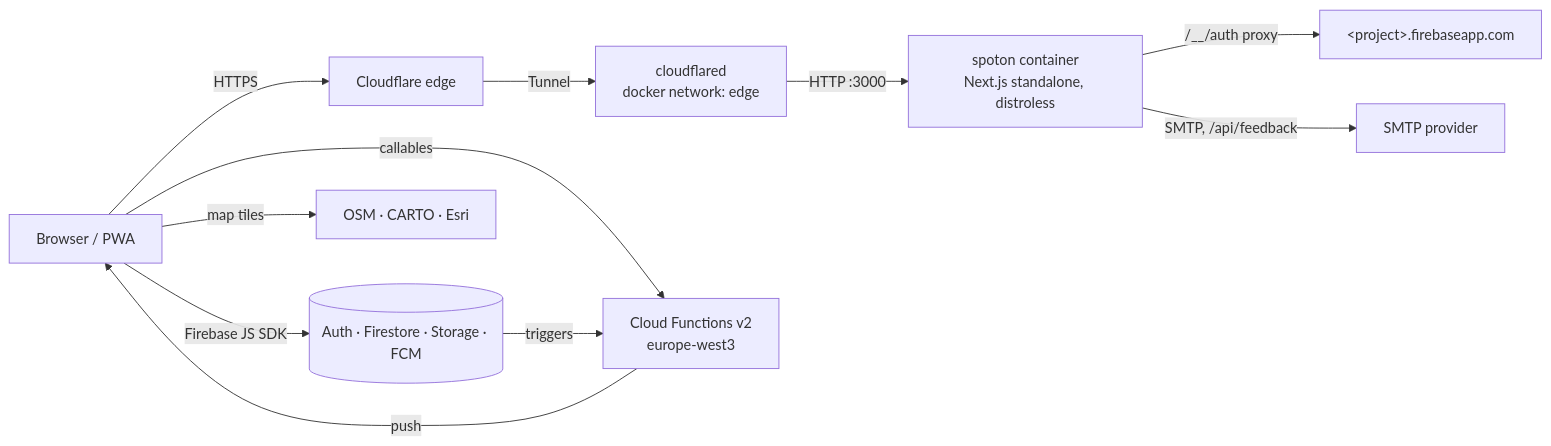
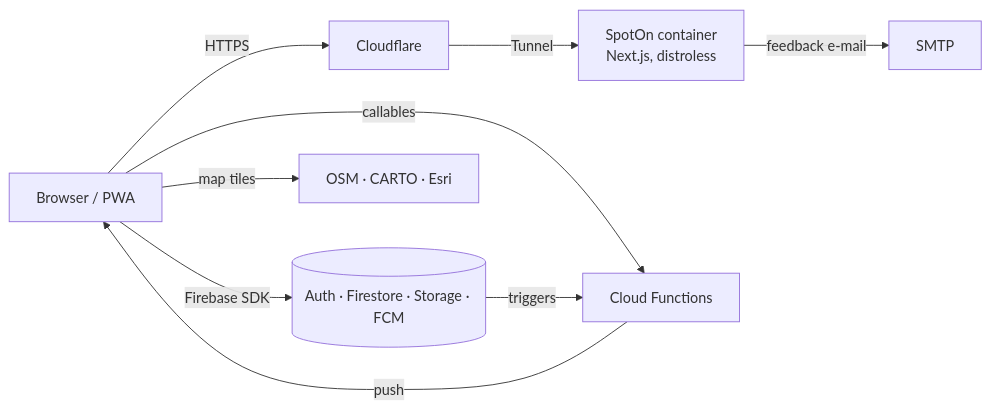
Before and after one commit to isolapaul/SpotOn: the diagram in README.md, drawn with Mermaid. The commit also changed other lines of this file and 11 other files, not shown here.

````diff
--- a/README.md
+++ b/README.md
@@ -32,13 +40,11 @@
 ```mermaid
 flowchart LR
-  U[Browser / PWA] -->|HTTPS| CF[Cloudflare edge]
-  CF -->|Tunnel| CD[cloudflared<br/>docker network: edge]
-  CD -->|HTTP :3000| APP[spoton container<br/>Next.js standalone, distroless]
-  APP -->|/__/auth proxy| FA[&lt;project&gt;.firebaseapp.com]
-  APP -->|SMTP, /api/feedback| MAIL[SMTP provider]
-  U -->|Firebase JS SDK| FB[(Auth · Firestore · Storage · FCM)]
-  U -->|callables| FN[Cloud Functions v2<br/>europe-west3]
+  U[Browser / PWA] -->|HTTPS| CF[Cloudflare]
+  CF -->|Tunnel| APP[SpotOn container<br/>Next.js, distroless]
+  U -->|Firebase SDK| FB[(Auth · Firestore · Storage · FCM)]
+  U -->|callables| FN[Cloud Functions]
   FB -->|triggers| FN
   FN -->|push| U
+  APP -->|feedback e-mail| MAIL[SMTP]
   U -->|map tiles| T[OSM · CARTO · Esri]
 ```
````
